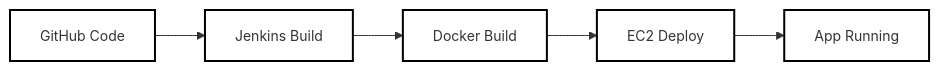
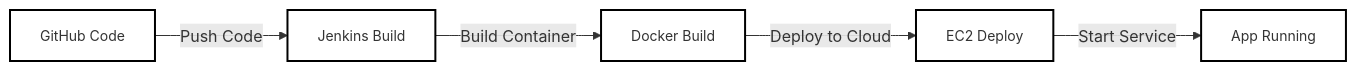
One commit to agrimasharma031/two-tier-flask-app changed the third of 4 diagrams in README.md. Above: the diagram before and after it, drawn with Mermaid.

````diff
--- a/README.md
+++ b/README.md
@@ -56,15 +56,15 @@
 ```mermaid
 graph LR
     classDef default fill:#fff,stroke:#000,stroke-width:2px,font-size:14px;
 
     A[GitHub Code]
     B[Jenkins Build]
     C[Docker Build]
     D[EC2 Deploy]
     E[App Running]
 
-    A --> B
-    B --> C
-    C --> D
-    D --> E
+    A -->|Push Code| B
+    B -->|Build Container| C
+    C -->|Deploy to Cloud| D
+    D -->|Start Service| E
 ```
````
